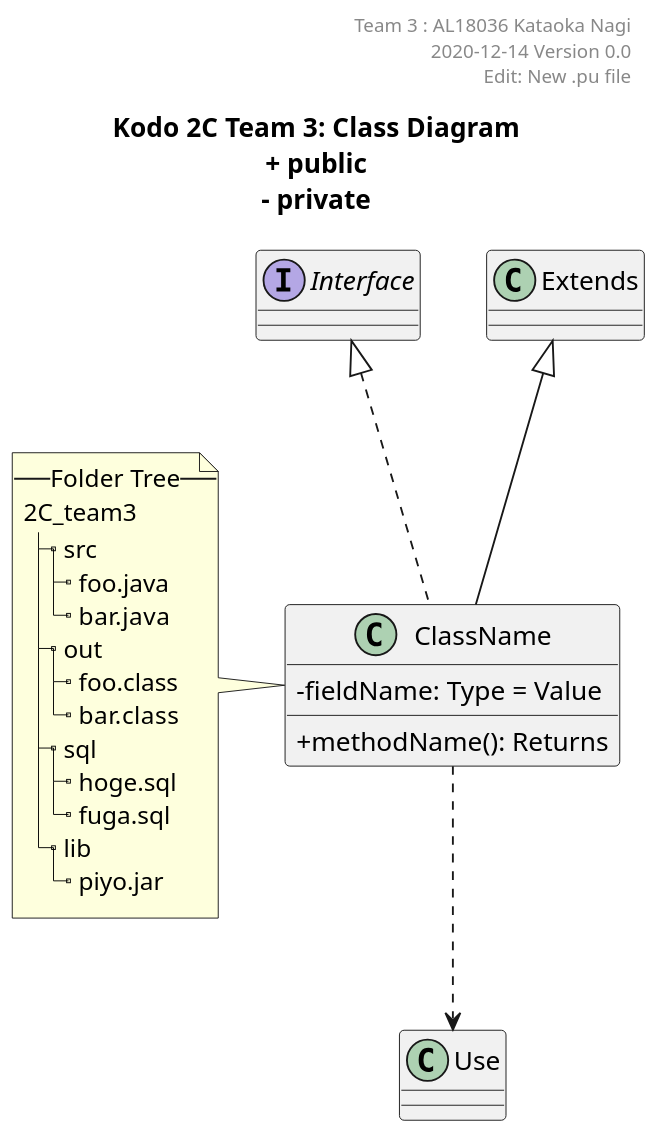
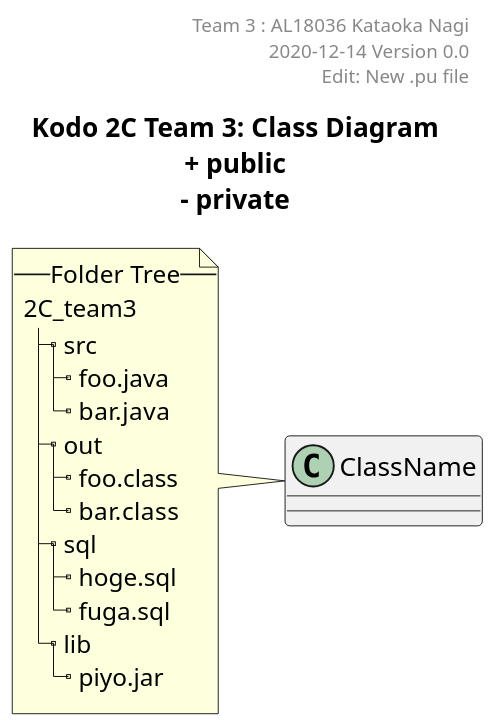
The diagram in uml/class_diagram.pu (KataokaNagi/2C_team3), drawn with PlantUML before and after one commit. The commit also changed 1 other file, not shown here.

Commit message:
クラス図編集の前準備

```diff
--- a/uml/class_diagram.pu
+++ b/uml/class_diagram.pu
@@ -8,149 +8,169 @@
-@startuml
+@startuml ./class_diagram.png
 scale 1.5
 skinparam DefaultFontName メイリオ
 ' 可視性の変更
 skinparam classAttributeIconSize 0
 
 header 
 Team 3 : AL18036 Kataoka Nagi
 2020-12-14 Version 0.0
 Edit: New .pu file
 end header
 
 title
 **Kodo 2C Team 3: Class Diagram**
 + public
 ~- private
 end title
 ' __static__
 
 ' class def
 ' @see https://qiita.com/KeithYokoma/items/ee21fec6a3ebb5d1e9a8
 
 class ClassName
 
 note left
   --Folder Tree--
   2C_team3
   |_ src
     |_ foo.java
     |_ bar.java
   |_ out
     |_ foo.class
     |_ bar.class
   |_ sql
     |_ hoge.sql
     |_ fuga.sql
   |_ lib
     |_ piyo.jar
 end note
 
-class ClassName implements Interface {
-  - fieldName: Type = Value
+' ********** PlantUML Sample **********
 
-  + methodName(): Returns
-}
+' class ClassName
+
+' note left
+'   --Folder Tree--
+'   2C_team3
+'   |_ src
+'     |_ foo.java
+'     |_ bar.java
+'   |_ out
+'     |_ foo.class
+'     |_ bar.class
+'   |_ sql
+'     |_ hoge.sql
+'     |_ fuga.sql
+'   |_ lib
+'     |_ piyo.jar
+' end note
+
+' class ClassName implements Interface {
+'   - fieldName: Type = Value
+
+'   + methodName(): Returns
+' }
 
 
-class Use {
-}
+' class Use {
+' }
 
-class ClassName extends Extends {
-}
+' class ClassName extends Extends {
+' }
 
-ClassName ..> Use
+' ClassName ..> Use
 
 ' ********** PlantUML Tutorial **********
 
 ' note left
 
 '   --木構造--
 '   |_build.gradle
 '   |_src
 '     |_main
 '       |_java
 '         |_**bold**
 '         |_--strike--
 '         |_//itaric//
 '         |___underline__
 '         |_""monospace""
 '     |_test
 
 ' end note
 
 ' class Hello　<<StereoType>> {
 '     {abstract} one: String
 '     {static} three(param1: String, param2: int): boolean
 '     String two
 '     int four(List<String> param)
 ' }
 ' class World <Template>{
 '     - privateField: int
 '     # protectedField: int
 '     ~ packagePrivateField: int
 '     + publicField: int
 
 '     - privateMethod(): void
 '     # protectedMethod(): void
 '     ~ packagePrivateMethod(): void
 '     + publicMethod(): void
 ' }
 ' note left : note
 ' note top of Hello: note
 
 ' interface hoge
 ' abstruct class hoge
 ' enum HelloWorld {
 '     ONE
 '     TWO
 '     THREE
 ' }
 
 ' interface One
 ' interface Two
 ' interface Three extends Two
 ' interface Four
 ' class Five implements One, Three
 ' class Six extends Five implements Four {
 '     field: String
 '     method(): void
 ' }
 
 ' Hello -- World
 ' One --> Two
 ' Three <-- Four
 ' Five <--> Six
 ' Seven x-- Eight
 ' Nine --x Ten
 ' One ..> Two
 ' Three <.. Four
 ' One --|> Two
 ' Three <|-- Four
 ' One ..|> Two
 ' Three <|.. Four
 ' One --o Two
 ' Three o-- Four
 ' One --* Two
 ' Three *-- Four
 ' One -- Two : Hoge
 ' Three -- Four : Fuga >
 ' Five -- Six : < Piyo
 ' One "Foo" -- Two 
 ' Three -- "Bar" Four
 ' Five "1" -- "1..*" Six
 ' Seven "1 Fizz" -- "~* Buzz" Eight
 
 ' package one.two {
 '     class Hello
 ' }
 ' package three.four {
 '     World -- Hello
 ' }
 
 ' Hello -- World
 ' note on link
 ' hoge
 ' fuga
 ' end note
 
 @enduml
```
